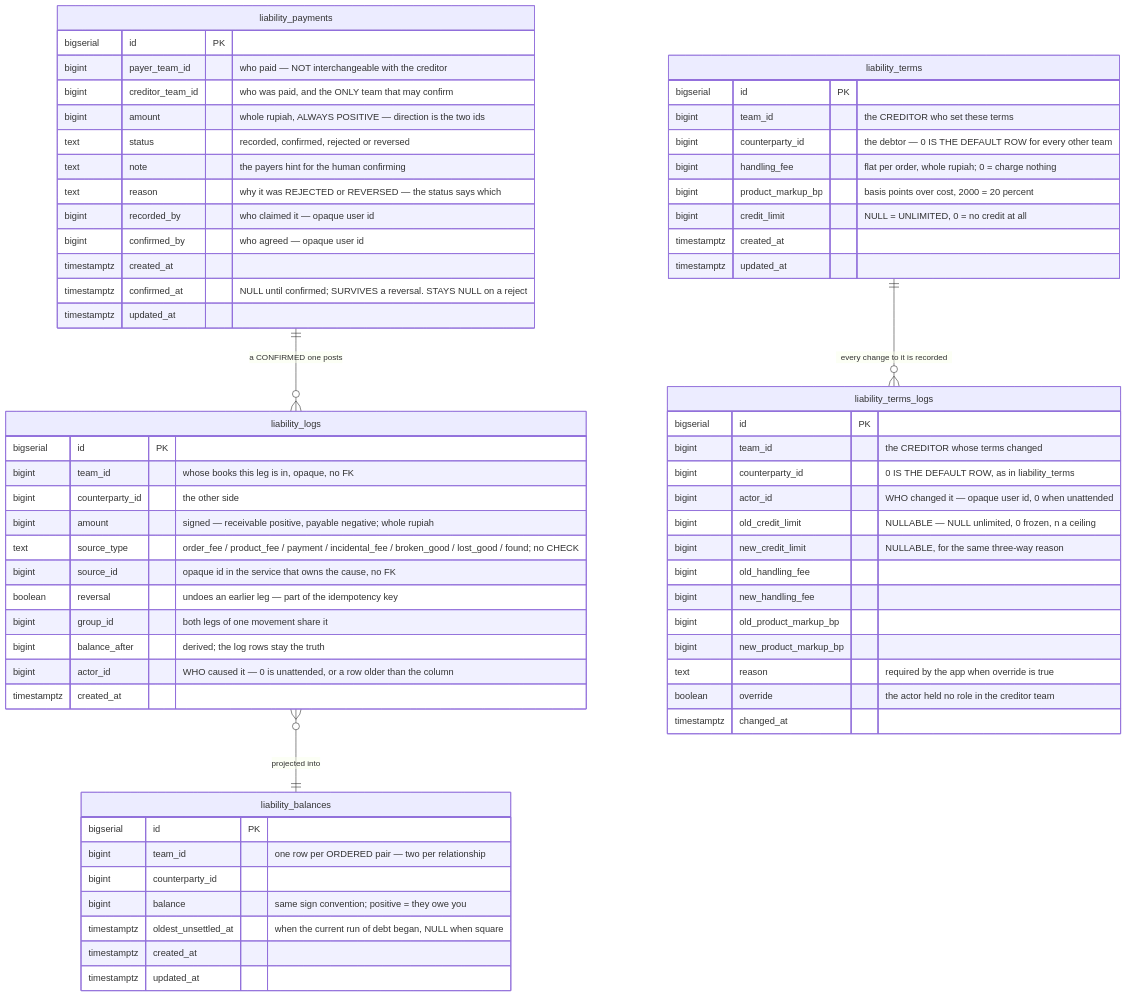
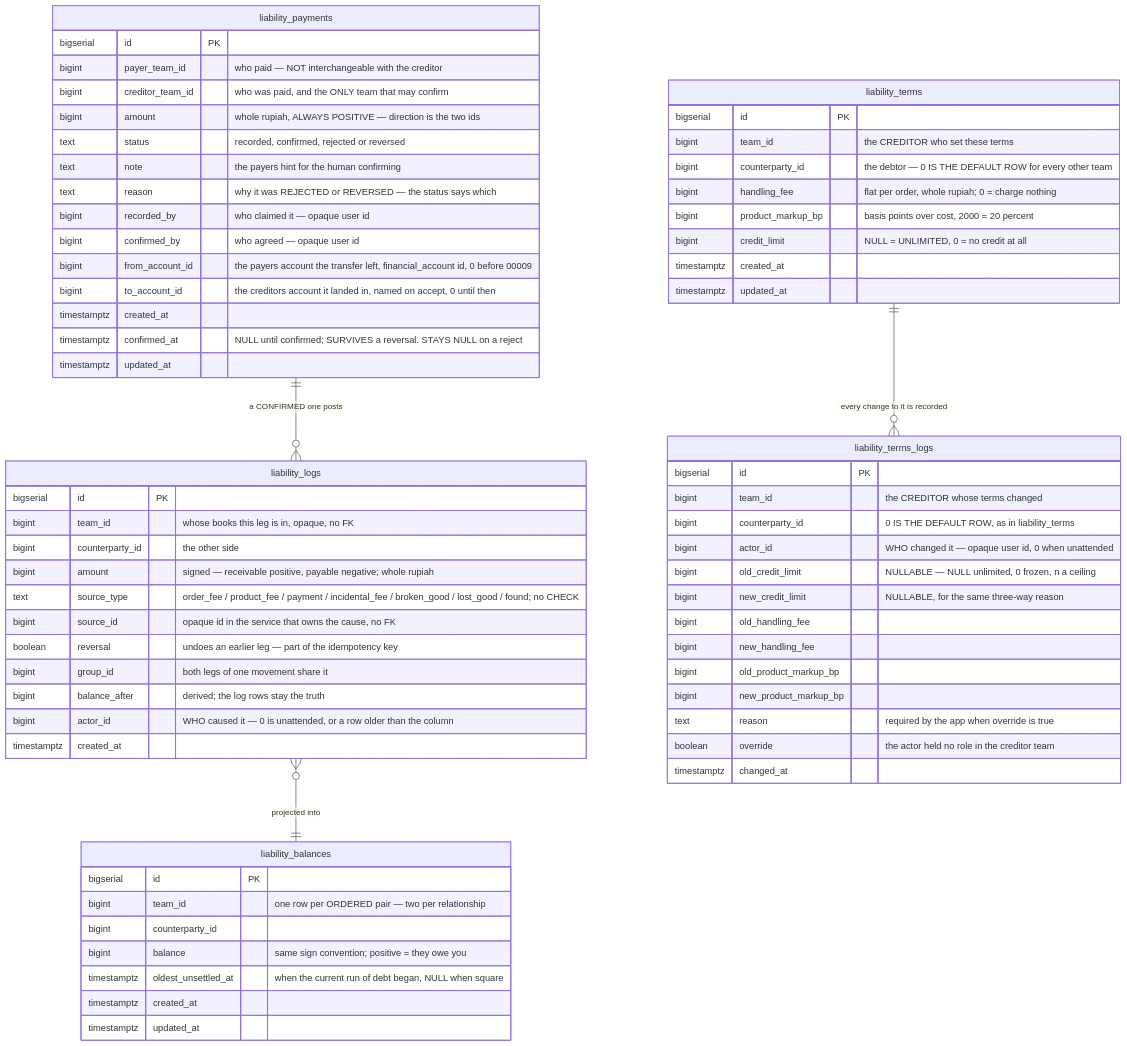
Diagram 12 of 17 in docs/database-schema.md (pdcgo/warehouse_revamp), drawn with Mermaid before and after one commit. The commit also changed other lines of this file and 124 other files, not shown here.

````diff
--- a/docs/database-schema.md
+++ b/docs/database-schema.md
@@ -1169,71 +1169,73 @@
 ```mermaid
 erDiagram
     liability_logs }o--|| liability_balances : "projected into"
     liability_payments ||--o{ liability_logs : "a CONFIRMED one posts"
     liability_terms ||--o{ liability_terms_logs : "every change to it is recorded"
     liability_terms {
         bigserial   id                PK
         bigint      team_id           "the CREDITOR who set these terms"
         bigint      counterparty_id   "the debtor — 0 IS THE DEFAULT ROW for every other team"
         bigint      handling_fee      "flat per order, whole rupiah; 0 = charge nothing"
         bigint      product_markup_bp "basis points over cost, 2000 = 20 percent"
         bigint      credit_limit      "NULL = UNLIMITED, 0 = no credit at all"
         timestamptz created_at
         timestamptz updated_at
     }
 
     liability_logs {
         bigserial   id              PK
         bigint      team_id         "whose books this leg is in, opaque, no FK"
         bigint      counterparty_id "the other side"
         bigint      amount          "signed — receivable positive, payable negative; whole rupiah"
         text        source_type     "order_fee / product_fee / payment / incidental_fee / broken_good / lost_good / found; no CHECK"
         bigint      source_id       "opaque id in the service that owns the cause, no FK"
         boolean     reversal        "undoes an earlier leg — part of the idempotency key"
         bigint      group_id        "both legs of one movement share it"
         bigint      balance_after   "derived; the log rows stay the truth"
         bigint      actor_id        "WHO caused it — 0 is unattended, or a row older than the column"
         timestamptz created_at
     }
 
     liability_balances {
         bigserial   id                  PK
         bigint      team_id             "one row per ORDERED pair — two per relationship"
         bigint      counterparty_id
         bigint      balance             "same sign convention; positive = they owe you"
         timestamptz oldest_unsettled_at "when the current run of debt began, NULL when square"
         timestamptz created_at
         timestamptz updated_at
     }
 
     liability_payments {
         bigserial   id               PK
         bigint      payer_team_id    "who paid — NOT interchangeable with the creditor"
         bigint      creditor_team_id "who was paid, and the ONLY team that may confirm"
         bigint      amount           "whole rupiah, ALWAYS POSITIVE — direction is the two ids"
         text        status           "recorded, confirmed, rejected or reversed"
         text        note             "the payers hint for the human confirming"
         text        reason           "why it was REJECTED or REVERSED — the status says which"
         bigint      recorded_by      "who claimed it — opaque user id"
         bigint      confirmed_by     "who agreed — opaque user id"
+        bigint      from_account_id  "the payers account the transfer left, financial_account id, 0 before 00009"
+        bigint      to_account_id    "the creditors account it landed in, named on accept, 0 until then"
         timestamptz created_at
         timestamptz confirmed_at     "NULL until confirmed; SURVIVES a reversal. STAYS NULL on a reject"
         timestamptz updated_at
     }
 
     liability_terms_logs {
         bigserial   id                    PK
         bigint      team_id               "the CREDITOR whose terms changed"
         bigint      counterparty_id       "0 IS THE DEFAULT ROW, as in liability_terms"
         bigint      actor_id              "WHO changed it — opaque user id, 0 when unattended"
         bigint      old_credit_limit      "NULLABLE — NULL unlimited, 0 frozen, n a ceiling"
         bigint      new_credit_limit      "NULLABLE, for the same three-way reason"
         bigint      old_handling_fee
         bigint      new_handling_fee
         bigint      old_product_markup_bp
         bigint      new_product_markup_bp
         text        reason                "required by the app when override is true"
         boolean     override              "the actor held no role in the creditor team"
         timestamptz changed_at
     }
 ```
````
